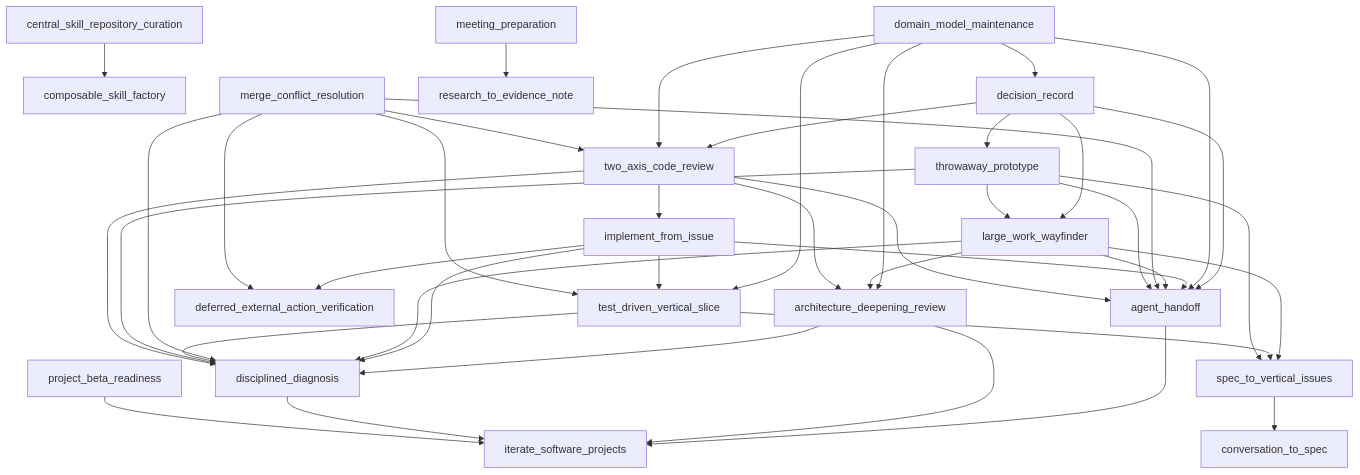
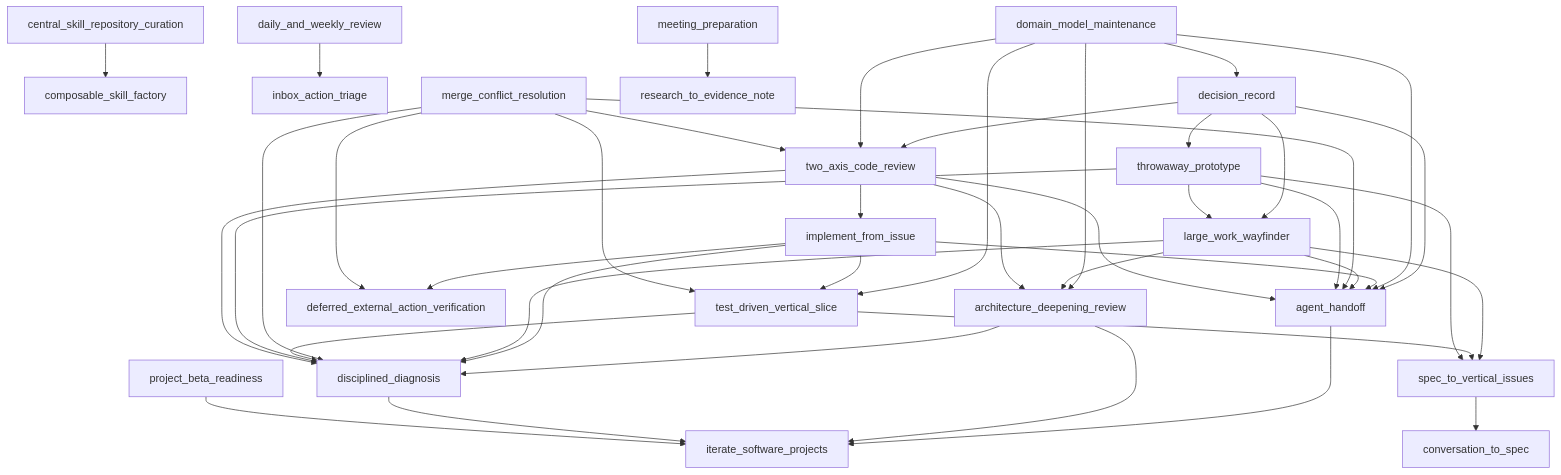
Before and after one commit to GithubLarsKomo/skillz: the diagram in docs/SKILL-DEPENDENCIES.md, drawn with Mermaid. The commit also changed other lines of this file and 4 other files, not shown here.

Commit message:
Generate daily weekly review metadata

````diff
--- a/docs/SKILL-DEPENDENCIES.md
+++ b/docs/SKILL-DEPENDENCIES.md
@@ -5,43 +5,44 @@
 ```mermaid
 graph TD
   agent_handoff --> iterate_software_projects
   architecture_deepening_review --> disciplined_diagnosis
   architecture_deepening_review --> iterate_software_projects
   central_skill_repository_curation --> composable_skill_factory
+  daily_and_weekly_review --> inbox_action_triage
   decision_record --> agent_handoff
   decision_record --> large_work_wayfinder
   decision_record --> throwaway_prototype
   decision_record --> two_axis_code_review
   disciplined_diagnosis --> iterate_software_projects
   domain_model_maintenance --> agent_handoff
   domain_model_maintenance --> architecture_deepening_review
   domain_model_maintenance --> decision_record
   domain_model_maintenance --> test_driven_vertical_slice
   domain_model_maintenance --> two_axis_code_review
   implement_from_issue --> agent_handoff
   implement_from_issue --> deferred_external_action_verification
   implement_from_issue --> disciplined_diagnosis
   implement_from_issue --> test_driven_vertical_slice
   large_work_wayfinder --> agent_handoff
   large_work_wayfinder --> architecture_deepening_review
   large_work_wayfinder --> disciplined_diagnosis
   large_work_wayfinder --> spec_to_vertical_issues
   meeting_preparation --> research_to_evidence_note
   merge_conflict_resolution --> agent_handoff
   merge_conflict_resolution --> deferred_external_action_verification
   merge_conflict_resolution --> disciplined_diagnosis
   merge_conflict_resolution --> test_driven_vertical_slice
   merge_conflict_resolution --> two_axis_code_review
   project_beta_readiness --> iterate_software_projects
   spec_to_vertical_issues --> conversation_to_spec
   test_driven_vertical_slice --> disciplined_diagnosis
   test_driven_vertical_slice --> spec_to_vertical_issues
   throwaway_prototype --> agent_handoff
   throwaway_prototype --> disciplined_diagnosis
   throwaway_prototype --> large_work_wayfinder
   throwaway_prototype --> spec_to_vertical_issues
   two_axis_code_review --> agent_handoff
   two_axis_code_review --> architecture_deepening_review
   two_axis_code_review --> disciplined_diagnosis
   two_axis_code_review --> implement_from_issue
 ```
````
